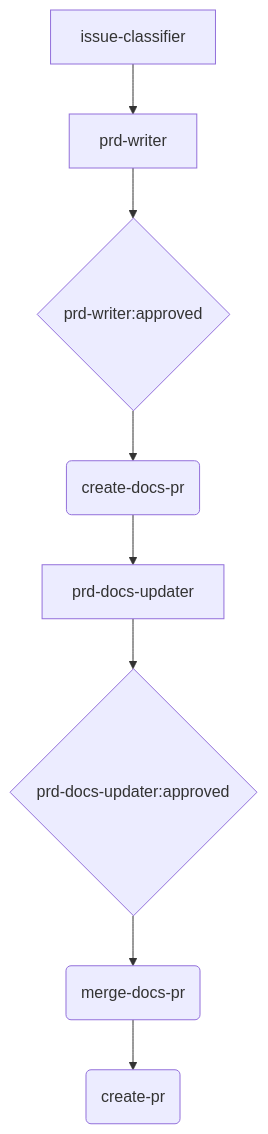
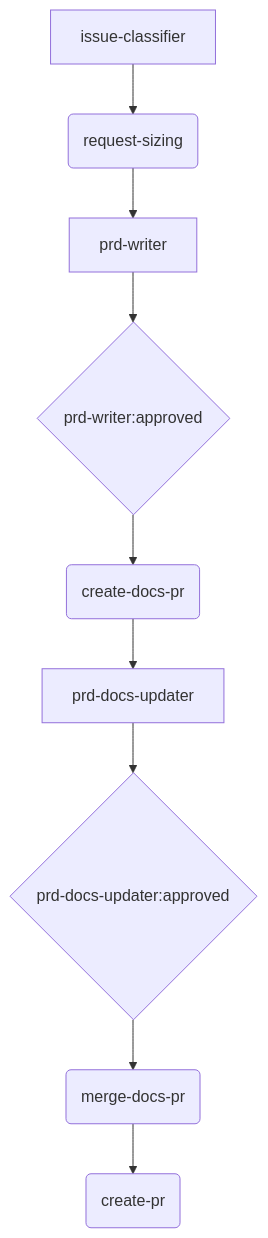
The diagram in docs/product/orchestrator/generated/phases/01_product_docs.mmd (M-A-Operating-System/ai-coding-standards2), drawn with Mermaid before and after one commit. The commit also changed 8 other files, not shown here.

```diff
--- a/docs/product/orchestrator/generated/phases/01_product_docs.mmd
+++ b/docs/product/orchestrator/generated/phases/01_product_docs.mmd
@@ -1,16 +1,18 @@
 flowchart TD
     n_01_product_docs__issue_classifier["issue-classifier"]
+    n_01_product_docs__request_sizing("request-sizing")
     n_01_product_docs__prd_writer["prd-writer"]
     n_01_product_docs__create_docs_pr("create-docs-pr")
     n_01_product_docs__prd_docs_updater["prd-docs-updater"]
     n_01_product_docs__merge_docs_pr("merge-docs-pr")
     n_01_product_docs__create_pr("create-pr")
     gate__n_01_product_docs__prd_writer{"prd-writer:approved"}
     gate__n_01_product_docs__prd_docs_updater{"prd-docs-updater:approved"}
     n_01_product_docs__prd_writer --> gate__n_01_product_docs__prd_writer
     n_01_product_docs__prd_docs_updater --> gate__n_01_product_docs__prd_docs_updater
-    n_01_product_docs__issue_classifier --> n_01_product_docs__prd_writer
+    n_01_product_docs__issue_classifier --> n_01_product_docs__request_sizing
+    n_01_product_docs__request_sizing --> n_01_product_docs__prd_writer
     gate__n_01_product_docs__prd_writer --> n_01_product_docs__create_docs_pr
     n_01_product_docs__create_docs_pr --> n_01_product_docs__prd_docs_updater
     gate__n_01_product_docs__prd_docs_updater --> n_01_product_docs__merge_docs_pr
     n_01_product_docs__merge_docs_pr --> n_01_product_docs__create_pr
```
